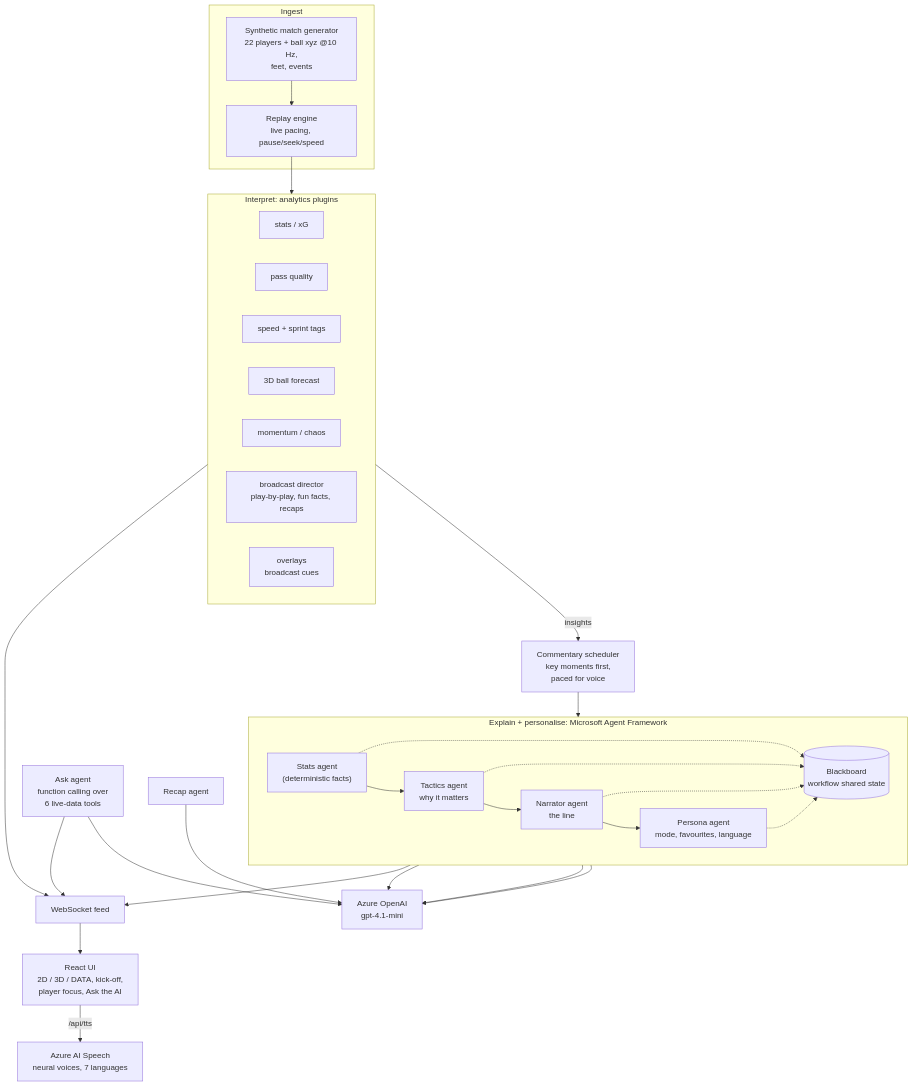
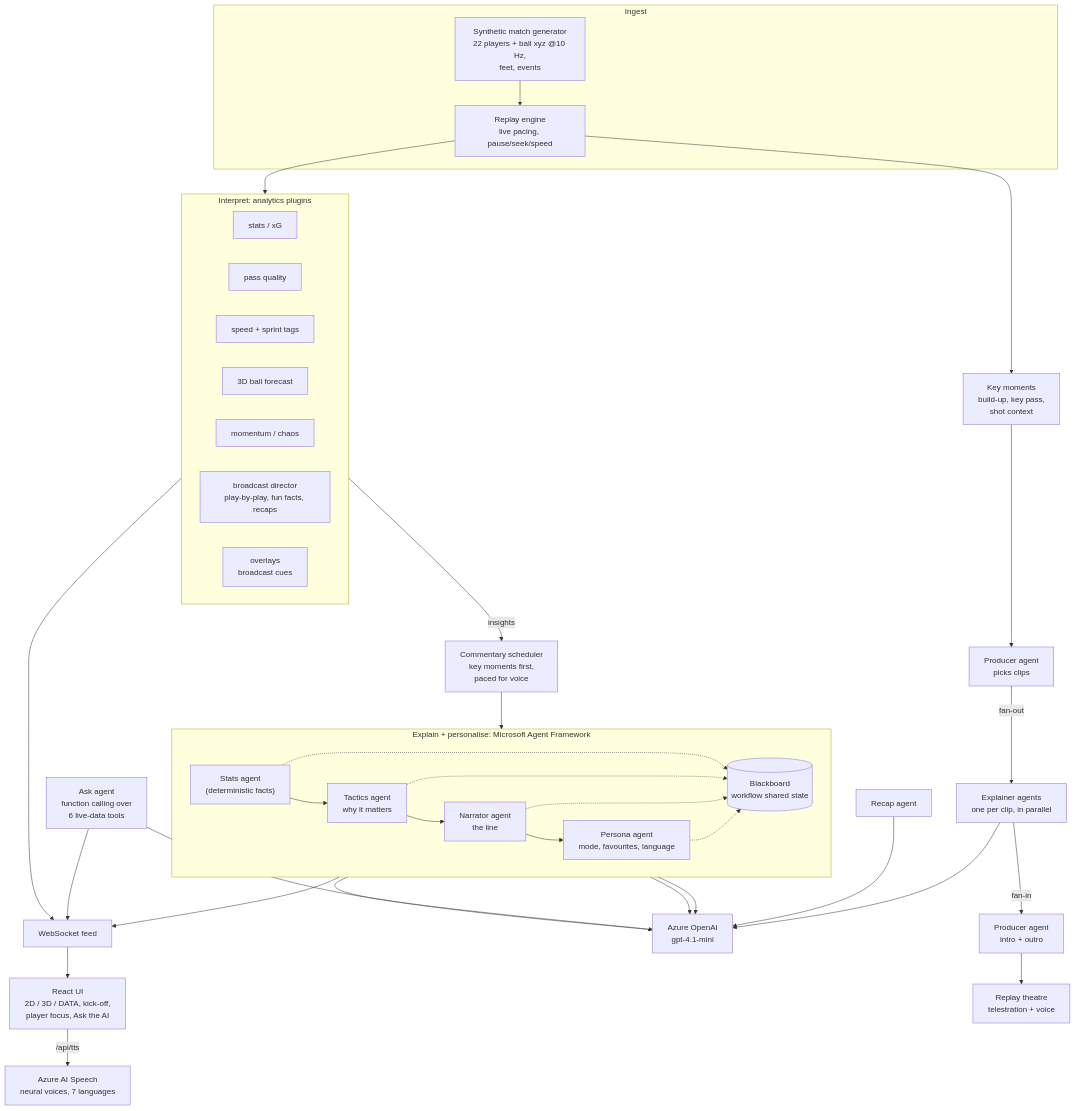
The diagram in README.md (Mertan2/insidethegame-match-intelligence), drawn with Mermaid before and after one commit. The commit also changed other lines of this file and 6 other files, not shown here.

````diff
--- a/README.md
+++ b/README.md
@@ -32,36 +42,41 @@
 ```mermaid
 flowchart TB
     subgraph Data["Ingest"]
         GEN["Synthetic match generator<br/>22 players + ball xyz @10 Hz,<br/>feet, events"] --> REPLAY["Replay engine<br/>live pacing, pause/seek/speed"]
     end
     subgraph Plugins["Interpret: analytics plugins"]
         STATS["stats / xG"]
         PASS["pass quality"]
         SPEED["speed + sprint tags"]
         FC["3D ball forecast"]
         MOM["momentum / chaos"]
         DIR["broadcast director<br/>play-by-play, fun facts, recaps"]
         OVL["overlays<br/>broadcast cues"]
     end
     REPLAY --> Plugins
     Plugins -- insights --> SCHED["Commentary scheduler<br/>key moments first,<br/>paced for voice"]
     subgraph Agents["Explain + personalise: Microsoft Agent Framework"]
         direction LR
         A1["Stats agent<br/>(deterministic facts)"] --> A2["Tactics agent<br/>why it matters"] --> A3["Narrator agent<br/>the line"] --> A4["Persona agent<br/>mode, favourites, language"]
         BB[("Blackboard<br/>workflow shared state")]
         A1 -.-> BB
         A2 -.-> BB
         A3 -.-> BB
         A4 -.-> BB
     end
     SCHED --> A1
     ASK["Ask agent<br/>function calling over<br/>6 live-data tools"]
+    KM["Key moments<br/>build-up, key pass,<br/>shot context"] --> PROD["Producer agent<br/>picks clips"]
+    PROD -- "fan-out" --> EXP["Explainer agents<br/>one per clip, in parallel"]
+    EXP -- "fan-in" --> PROD2["Producer agent<br/>intro + outro"]
+    PROD2 --> THEATER["Replay theatre<br/>telestration + voice"]
     RECAP["Recap agent"]
     AOAI["Azure OpenAI<br/>gpt-4.1-mini"]
-    A2 & A3 & A4 & ASK & RECAP --> AOAI
+    A2 & A3 & A4 & ASK & RECAP & EXP --> AOAI
+    REPLAY --> KM
     A4 --> WS["WebSocket feed"]
     ASK --> WS
     Plugins --> WS
     WS --> UI["React UI<br/>2D / 3D / DATA, kick-off,<br/>player focus, Ask the AI"]
     UI -- "/api/tts" --> TTS["Azure AI Speech<br/>neural voices, 7 languages"]
 ```
````
